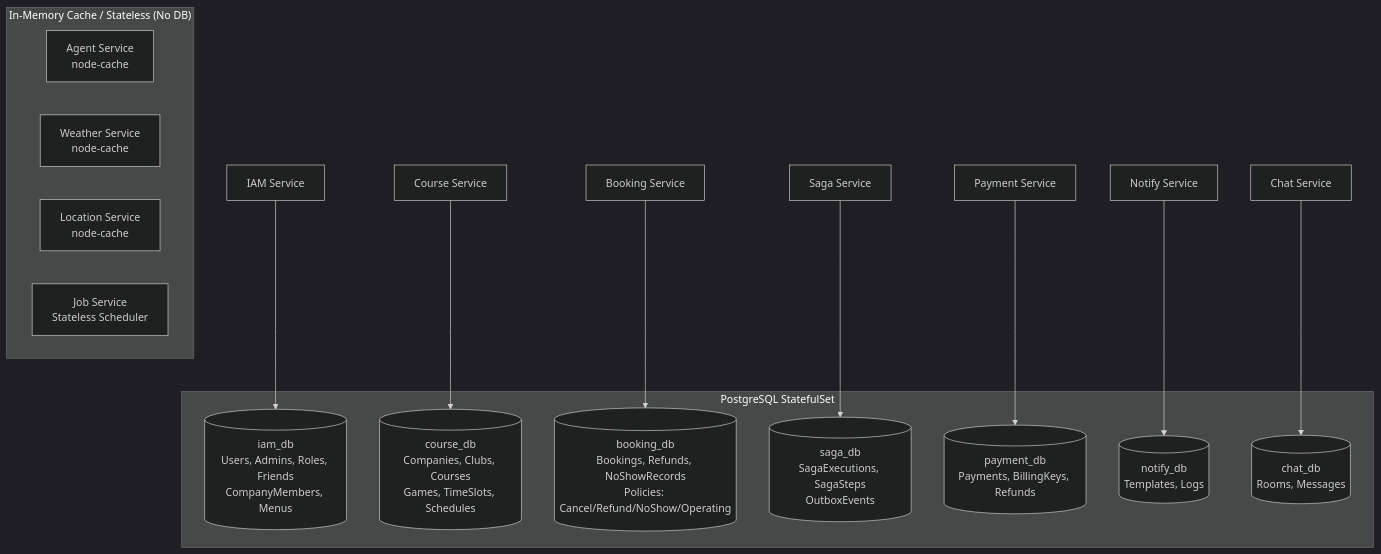
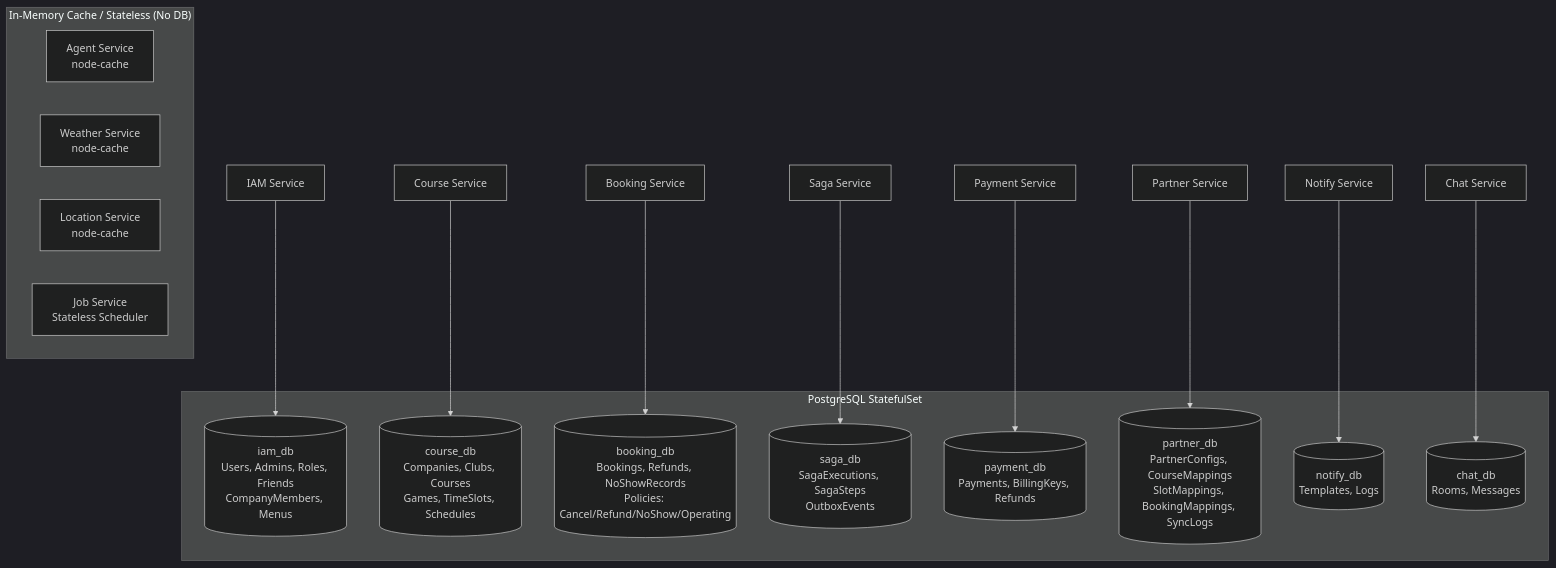
Before and after one commit to uniyous/parkgolf-platform: the fourth of 6 diagrams in docs/architecture/SYSTEM.md, drawn with Mermaid (dark theme). The commit also changed other lines of this file and 4 other files, not shown here.

First line of the commit message:
docs: 가맹점 분류 체계 및 partner-service 아키텍처 문서 현행화

````diff
--- a/docs/architecture/SYSTEM.md
+++ b/docs/architecture/SYSTEM.md
@@ -676,27 +757,29 @@
 ```mermaid
 graph TD
     subgraph "PostgreSQL StatefulSet"
         IAM_DB[(iam_db<br/>Users, Admins, Roles, Friends<br/>CompanyMembers, Menus)]
         COURSE_DB[(course_db<br/>Companies, Clubs, Courses<br/>Games, TimeSlots, Schedules)]
         BOOKING_DB[(booking_db<br/>Bookings, Refunds, NoShowRecords<br/>Policies: Cancel/Refund/NoShow/Operating)]
         SAGA_DB[(saga_db<br/>SagaExecutions, SagaSteps<br/>OutboxEvents)]
         PAYMENT_DB[(payment_db<br/>Payments, BillingKeys, Refunds)]
+        PARTNER_DB[(partner_db<br/>PartnerConfigs, CourseMappings<br/>SlotMappings, BookingMappings, SyncLogs)]
         NOTIFY_DB[(notify_db<br/>Templates, Logs)]
         CHAT_DB[(chat_db<br/>Rooms, Messages)]
     end
 
     IAM[IAM Service] --> IAM_DB
     COURSE[Course Service] --> COURSE_DB
     BOOK[Booking Service] --> BOOKING_DB
     SAGA[Saga Service] --> SAGA_DB
     PAY[Payment Service] --> PAYMENT_DB
+    PARTNER[Partner Service] --> PARTNER_DB
     NOTIFY[Notify Service] --> NOTIFY_DB
     CHAT[Chat Service] --> CHAT_DB
 
     subgraph "In-Memory Cache / Stateless (No DB)"
         AGENT[Agent Service<br/>node-cache]
         WEATHER[Weather Service<br/>node-cache]
         LOCATION[Location Service<br/>node-cache]
         JOB[Job Service<br/>Stateless Scheduler]
     end
 ```
````
